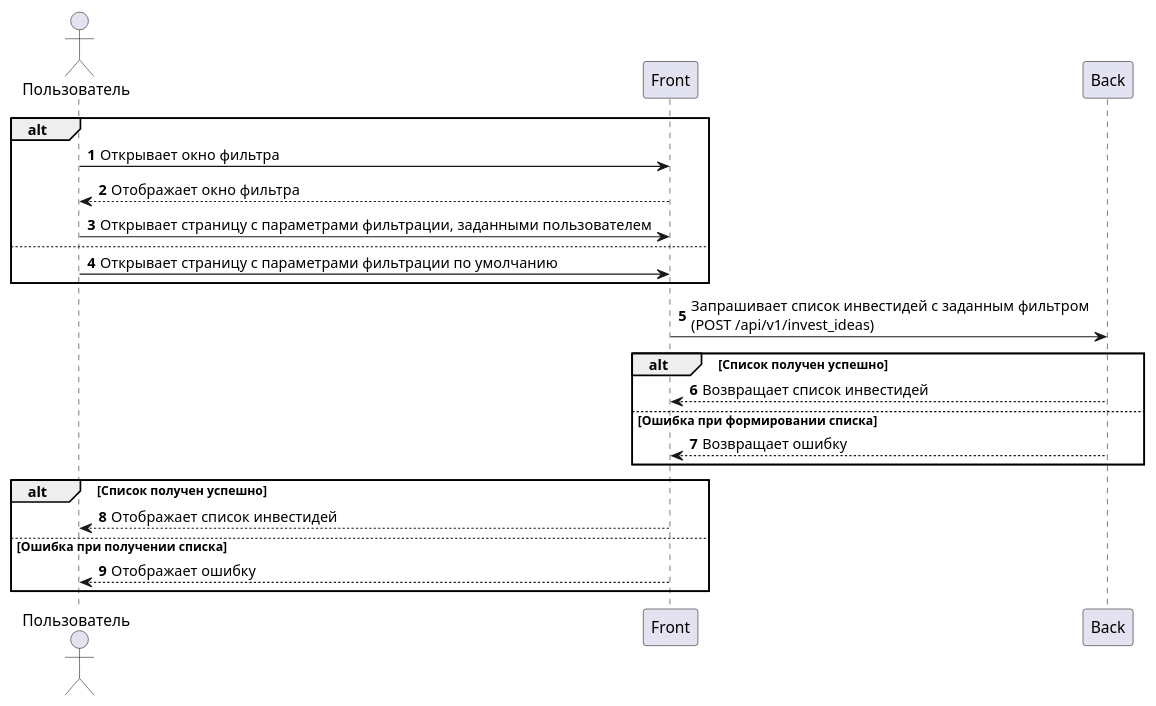
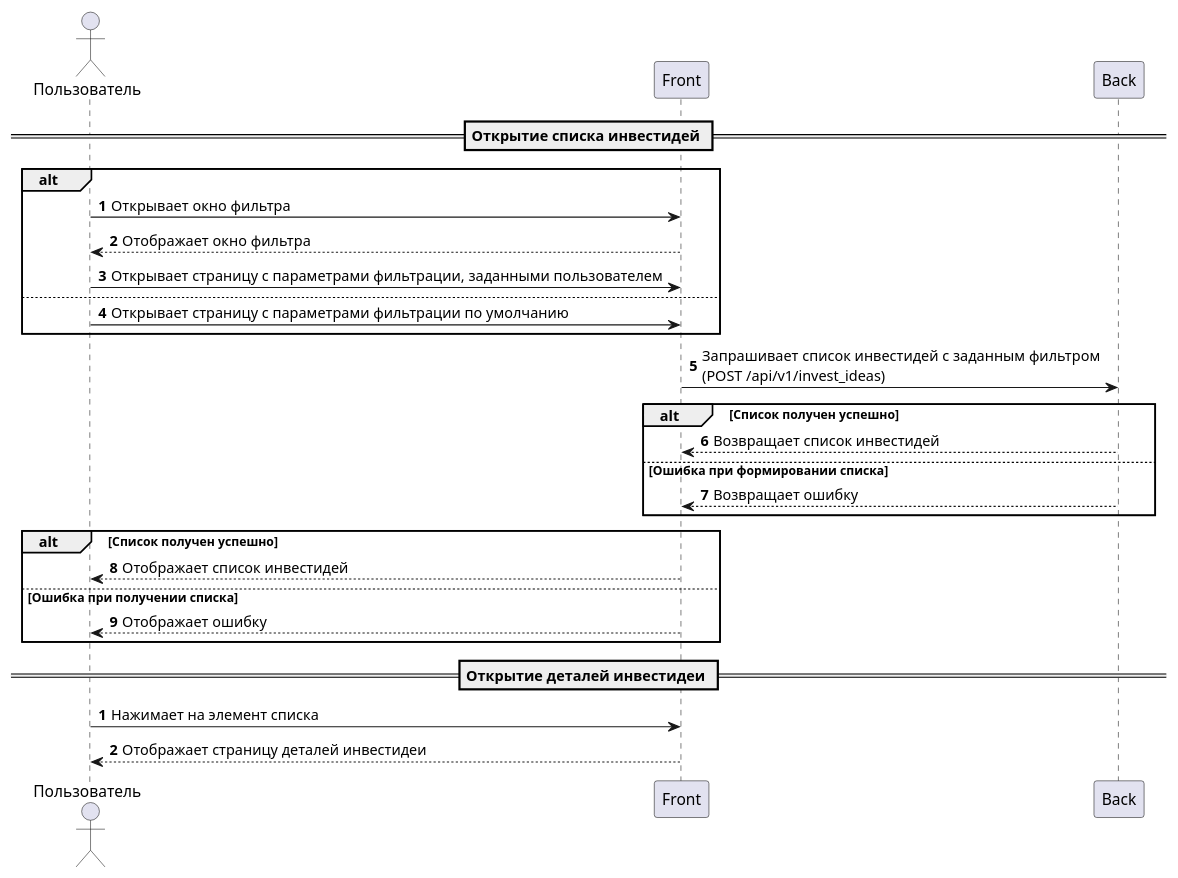
One commit to aleksey-sergeev-work/InvestIdea changed the diagram in pages/invest_idea_list.md. Above: the diagram before and after it, drawn with PlantUML. The commit also changed other lines of this file and 2 other files, not shown here.

Commit message:
Описание страницы деталей инвестидеи

````diff
--- a/pages/invest_idea_list.md
+++ b/pages/invest_idea_list.md
@@ -12,32 +13,39 @@
 ```plantuml
 @startuml
 
 autonumber
 actor Пользователь as user
 participant Front as front
 participant Back as back
 
+== Открытие списка инвестидей ==
 alt 
 user -> front: Открывает окно фильтра
 front --> user: Отображает окно фильтра
 user -> front: Открывает страницу с параметрами фильтрации, заданными пользователем
 else 
 user -> front: Открывает страницу с параметрами фильтрации по умолчанию
 end alt
 
 front -> back: Запрашивает список инвестидей с заданным фильтром\n(POST /api/v1/invest_ideas)
 alt Список получен успешно
     back --> front: Возвращает список инвестидей
 else Ошибка при формировании списка
     back --> front: Возвращает ошибку
 end alt
 
 alt Список получен успешно
     front --> user: Отображает список инвестидей
 else Ошибка при получении списка
     front --> user: Отображает ошибку
 end alt
 
+== Открытие деталей инвестидеи ==
+
+autonumber
+
+user -> front: Нажимает на элемент списка
+front --> user: Отображает страницу деталей инвестидеи
 
 @enduml
 ```
````
